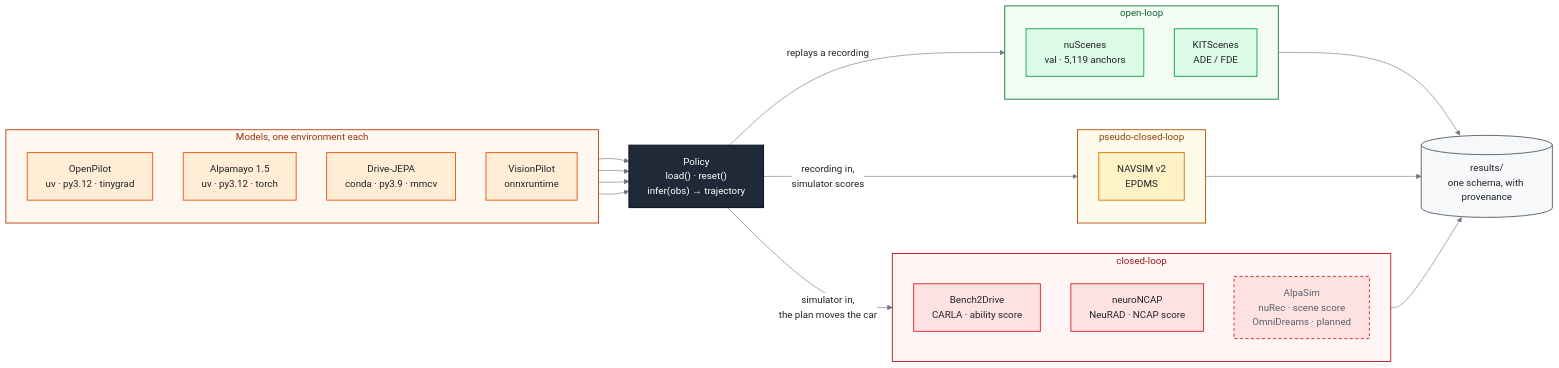
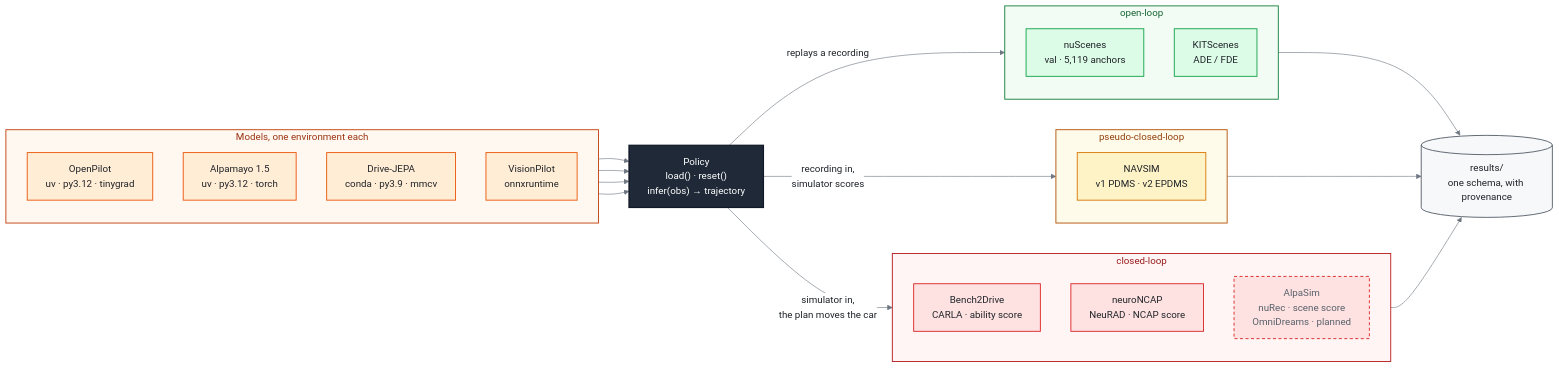
Before and after one commit to FastCodeAI/Paddock: the diagram in README.md, drawn with Mermaid. The commit also changed other lines of this file and 32 other files, not shown here.

````diff
--- a/README.md
+++ b/README.md
@@ -33,57 +33,57 @@
 ```mermaid
 %%{init: {"theme": "base", "themeVariables": {"primaryTextColor": "#1f2328", "lineColor": "#6e7781",
   "edgeLabelBackground": "#ffffff", "clusterBkg": "#ffffff", "clusterBorder": "#d0d7de"}}}%%
 flowchart LR
     subgraph models ["Models, one environment each"]
         direction TB
         op["OpenPilot<br/>uv · py3.12 · tinygrad"]
         al["Alpamayo 1.5<br/>uv · py3.12 · torch"]
         dj["Drive-JEPA<br/>conda · py3.9 · mmcv"]
         vp["VisionPilot<br/>onnxruntime"]
     end
 
     pol["Policy<br/>load() · reset()<br/>infer(obs) → trajectory"]
 
     subgraph open ["open-loop"]
         direction TB
         ns["nuScenes<br/>val · 5,119 anchors"]
         ks["KITScenes<br/>ADE / FDE"]
     end
     subgraph pseudo ["pseudo-closed-loop"]
-        nv["NAVSIM v2<br/>EPDMS"]
+        nv["NAVSIM<br/>v1 PDMS · v2 EPDMS"]
     end
     subgraph closed ["closed-loop"]
         direction TB
         b2d["Bench2Drive<br/>CARLA · ability score"]
         nc["neuroNCAP<br/>NeuRAD · NCAP score"]
         alp["AlpaSim<br/>nuRec · scene score<br/>OmniDreams · planned"]
     end
 
     res[("results/<br/>one schema, with provenance")]
 
     op & al & dj & vp --> pol
     pol -- "replays a recording" --> open
     pol -- "recording in,<br/>simulator scores" --> pseudo
     pol -- "simulator in,<br/>the plan moves the car" --> closed
     open & pseudo & closed --> res
 
     style models fill:#fff8f1,stroke:#c2410c,stroke-width:1.5px,color:#9a3412
     style open   fill:#f2fbf4,stroke:#15803d,stroke-width:1.5px,color:#166534
     style pseudo fill:#fffbeb,stroke:#b45309,stroke-width:1.5px,color:#92400e
     style closed fill:#fff5f5,stroke:#b91c1c,stroke-width:1.5px,color:#991b1b
 
     classDef model   fill:#ffedd5,stroke:#ea580c,stroke-width:1.5px,color:#1f2328
     classDef waist   fill:#1f2937,stroke:#111827,stroke-width:2px,color:#ffffff
     classDef ol      fill:#dcfce7,stroke:#16a34a,stroke-width:1.5px,color:#1f2328
     classDef pcl     fill:#fef3c7,stroke:#d97706,stroke-width:1.5px,color:#1f2328
     classDef cl      fill:#fee2e2,stroke:#dc2626,stroke-width:1.5px,color:#1f2328
     classDef planned stroke-dasharray:5 4,color:#57606a
     classDef store   fill:#f6f8fa,stroke:#57606a,stroke-width:1.5px,color:#1f2328
     class op,al,dj,vp model
     class pol waist
     class ns,ks ol
     class nv pcl
     class b2d,nc,alp cl
     class alp planned
     class res store
 ```
````
